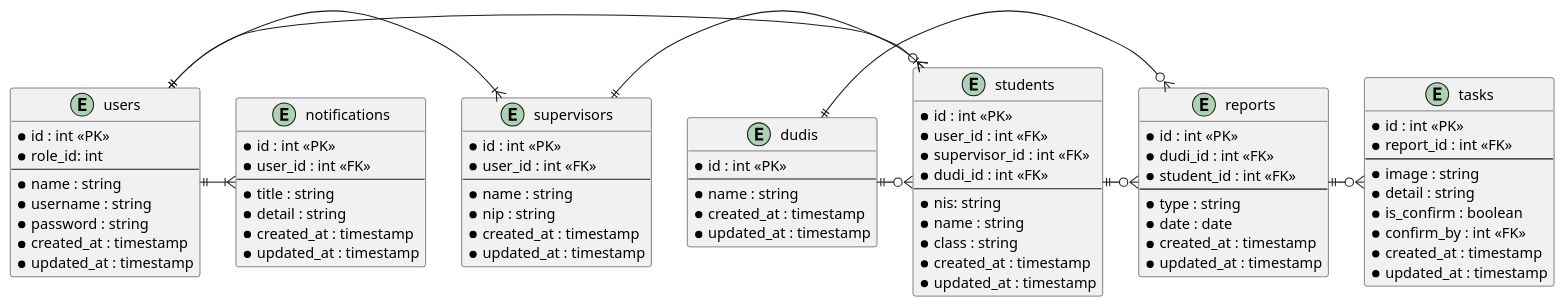
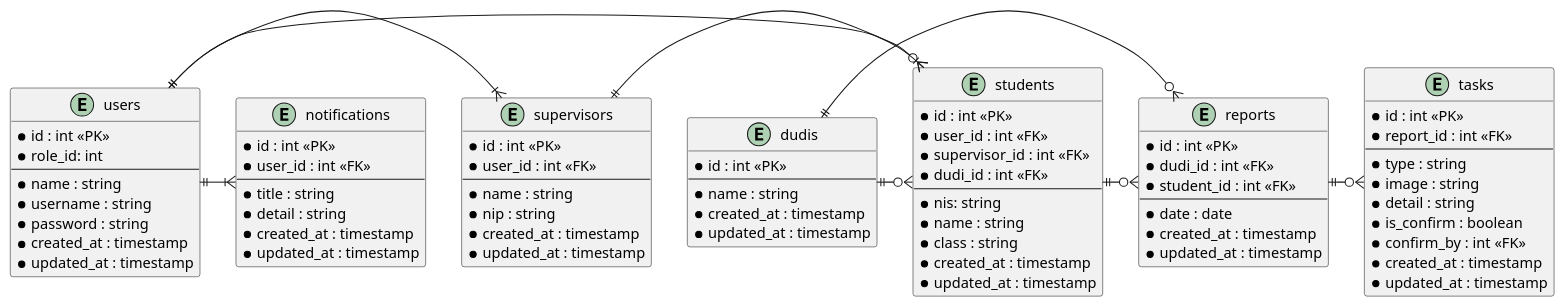
Before and after one commit to akmmp241/absensi-rest-service: the diagram in docs/db.plantuml, drawn with PlantUML. The commit also changed other lines of this file and 2 other files, not shown here.

```diff
--- a/docs/db.plantuml
+++ b/docs/db.plantuml
@@ -1,87 +1,87 @@
 @startuml
 
 entity users {
     *id : int <<PK>>
     *role_id: int
     --
     *name : string
     *username : string
     *password : string
     *created_at : timestamp
     *updated_at : timestamp
 }
 
 entity dudis {
     *id : int <<PK>>
     --
     *name : string
     *created_at : timestamp
     *updated_at : timestamp
 }
 
 entity supervisors {
     *id : int <<PK>>
     *user_id : int <<FK>>
     --
     *name : string
     *nip : string
     *created_at : timestamp
     *updated_at : timestamp
 }
 
 entity students {
    *id : int <<PK>>
    *user_id : int <<FK>>
    *supervisor_id : int <<FK>>
    *dudi_id : int <<FK>>
    --
    *nis: string
    *name : string
    *class : string
    *created_at : timestamp
    *updated_at : timestamp
 }
 
 entity reports {
     *id : int <<PK>>
     *dudi_id : int <<FK>>
     *student_id : int <<FK>>
     --
-    *type : string
     *date : date
     *created_at : timestamp
     *updated_at : timestamp
 }
 
 entity tasks {
     *id : int <<PK>>
     *report_id : int <<FK>>
     --
+    *type : string
     *image : string
     *detail : string
     *is_confirm : boolean
     *confirm_by : int <<FK>>
     *created_at : timestamp
     *updated_at : timestamp
 }
 
 entity notifications {
     *id : int <<PK>>
     *user_id : int <<FK>>
     --
     *title : string
     *detail : string
     *created_at : timestamp
     *updated_at : timestamp
 }
 
 users ||-|{ students
 users ||-|{ supervisors
 users ||-|{ notifications
 supervisors ||-o{ students
 students ||-o{ reports
 dudis ||-o{ students
 dudis ||-o{ reports
 reports ||-o{ tasks
 
 @enduml
```
